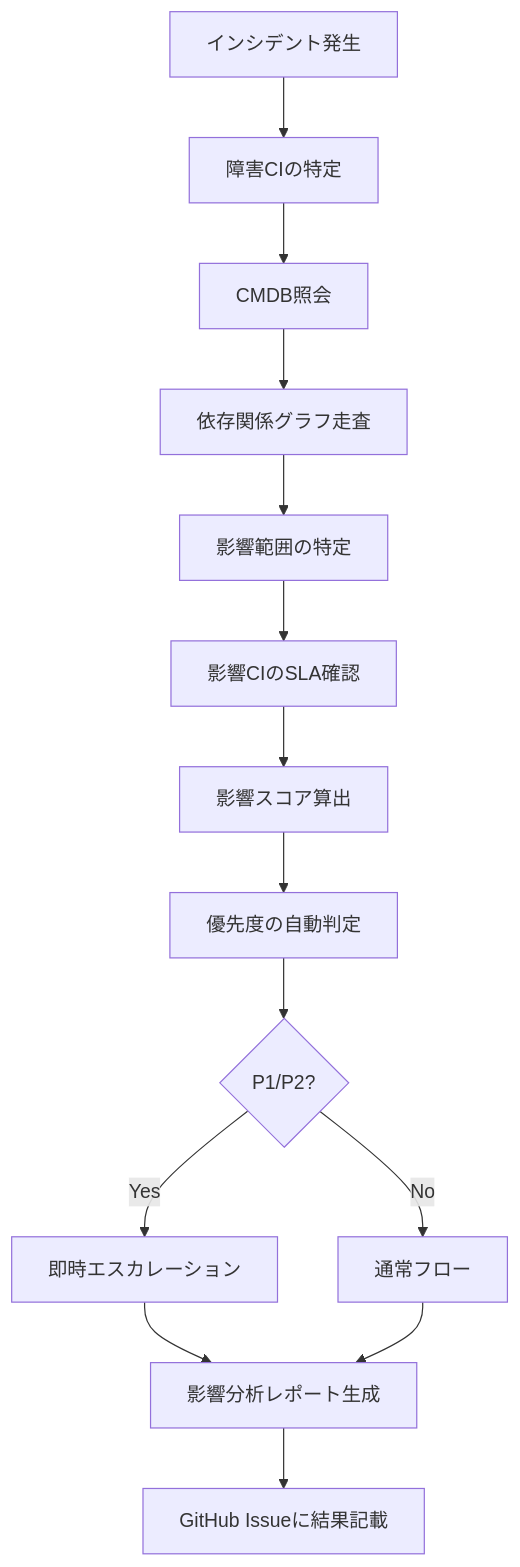
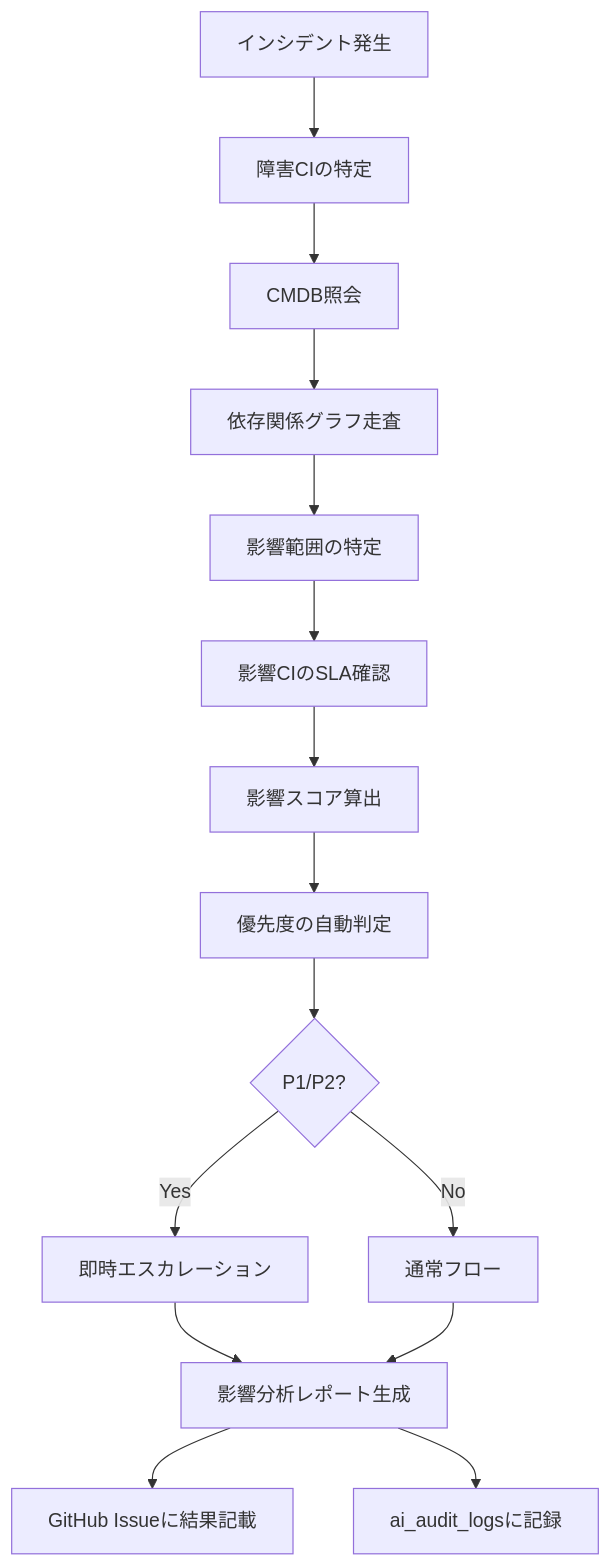
One commit to Kensan196948G/ServiceMatrix changed the first of 3 diagrams in docs/10_cmdb/IMPACT_ANALYSIS_LOGIC.md. Above: the diagram before and after it, drawn with Mermaid. The commit also changed other lines of this file and 7 other files, not shown here.

````diff
--- a/docs/10_cmdb/IMPACT_ANALYSIS_LOGIC.md
+++ b/docs/10_cmdb/IMPACT_ANALYSIS_LOGIC.md
@@ -25,16 +24,17 @@
 ```mermaid
 graph TD
     A[インシデント発生] --> B[障害CIの特定]
     B --> C[CMDB照会]
     C --> D[依存関係グラフ走査]
     D --> E[影響範囲の特定]
     E --> F[影響CIのSLA確認]
     F --> G[影響スコア算出]
     G --> H[優先度の自動判定]
     H --> I{P1/P2?}
     I -->|Yes| J[即時エスカレーション]
     I -->|No| K[通常フロー]
     J --> L[影響分析レポート生成]
     K --> L
     L --> M[GitHub Issueに結果記載]
+    L --> N[ai_audit_logsに記録]
 ```
````
